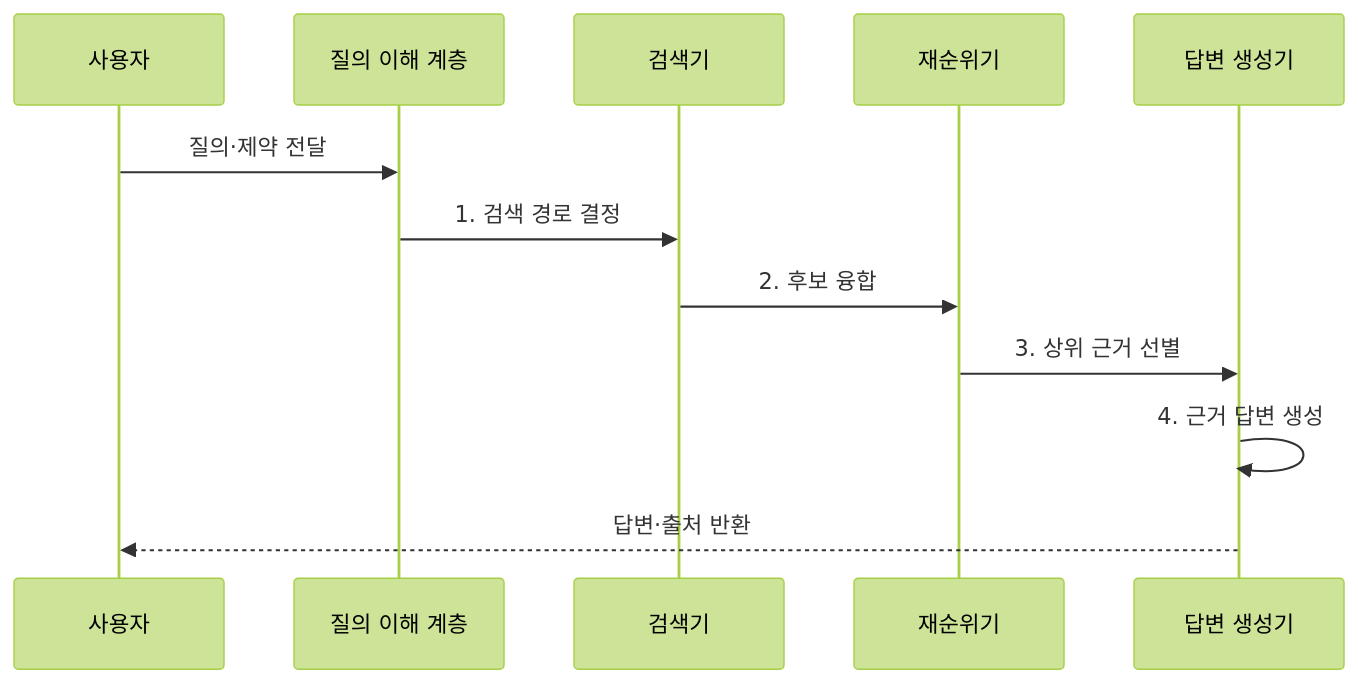
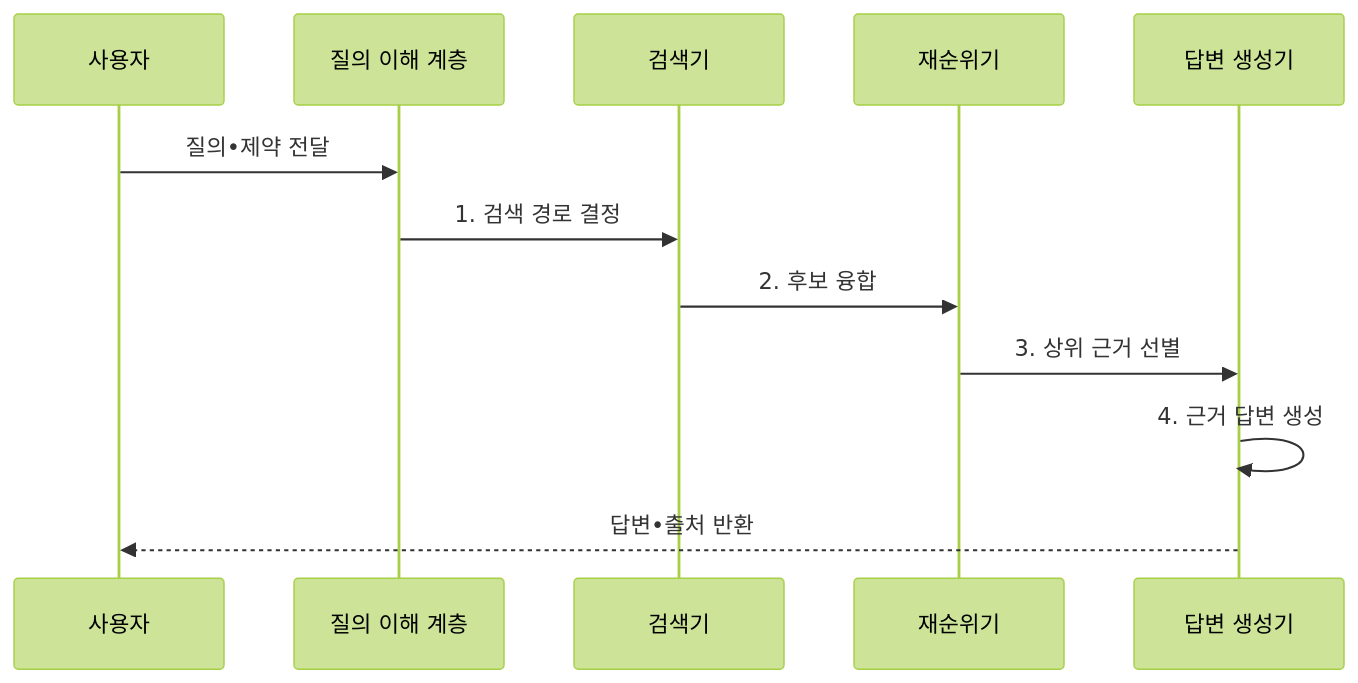
One commit to agnusdei1207/knowledge-base changed the second of 2 diagrams in src/content/docs/notes/08-latest-tech/086_ai_search.md. Above: the diagram before and after it, drawn with Mermaid (forest theme). The commit also changed other lines of this file and 953 other files, not shown here.

````diff
--- a/src/content/docs/notes/08-latest-tech/086_ai_search.md
+++ b/src/content/docs/notes/08-latest-tech/086_ai_search.md
@@ -102,14 +102,14 @@
 ```mermaid
 sequenceDiagram
     participant U as 사용자
     participant Q as 질의 이해 계층
     participant S as 검색기
     participant R as 재순위기
     participant G as 답변 생성기
-    U->>Q: 질의·제약 전달
+    U->>Q: 질의•제약 전달
     Q->>S: 1. 검색 경로 결정
     S->>R: 2. 후보 융합
     R->>G: 3. 상위 근거 선별
     G->>G: 4. 근거 답변 생성
-    G-->>U: 답변·출처 반환
+    G-->>U: 답변•출처 반환
 ```
````
